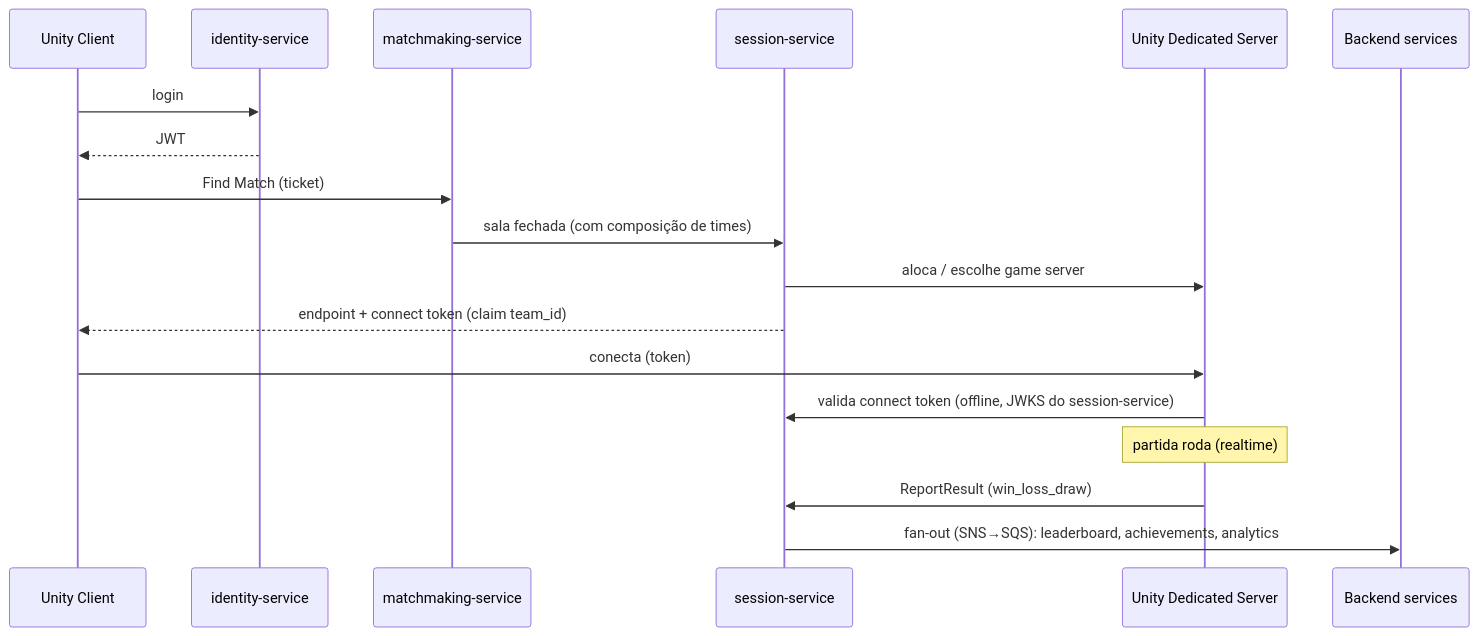
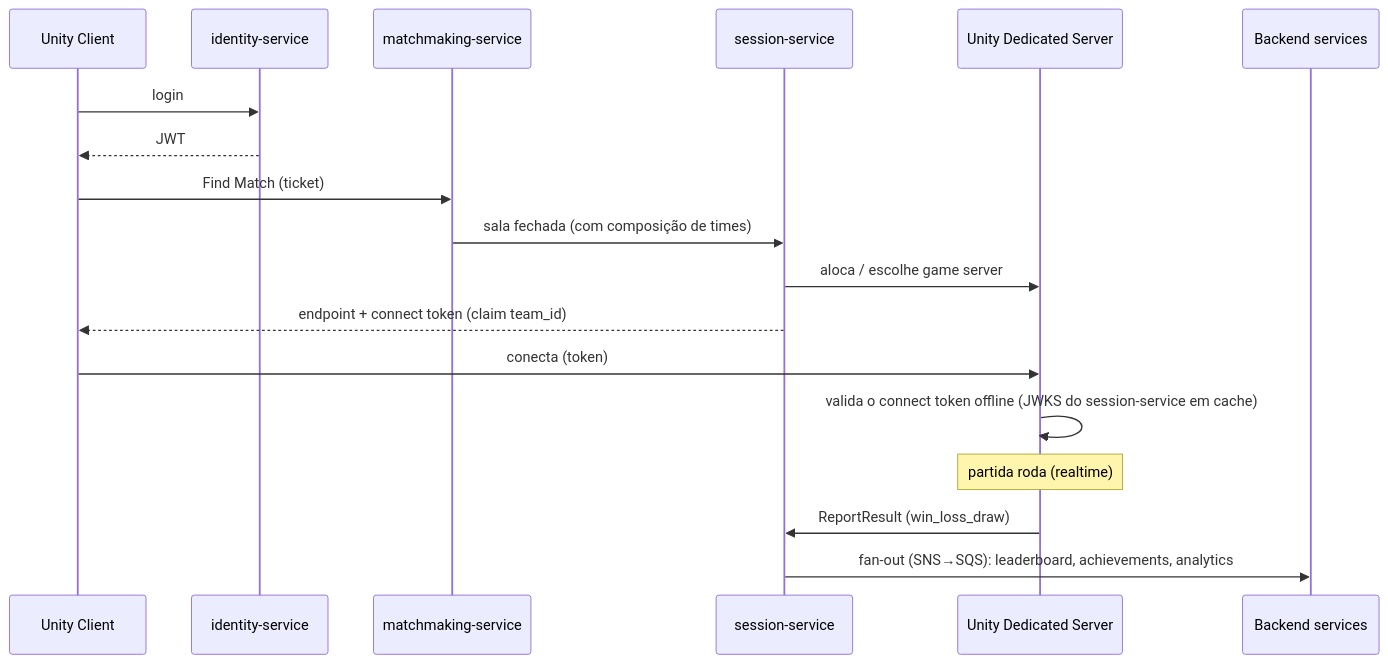
Before and after one commit to vitormartins1/go-multiplayer-control-plane: the fifth of 7 diagrams in docs/ARCHITECTURE.md, drawn with Mermaid. The commit also changed other lines of this file and 32 other files, not shown here.

````diff
--- a/docs/ARCHITECTURE.md
+++ b/docs/ARCHITECTURE.md
@@ -156,20 +209,20 @@
 ```mermaid
 sequenceDiagram
     participant C as Unity Client
     participant ID as identity-service
     participant MM as matchmaking-service
     participant SS as session-service
     participant GS as Unity Dedicated Server
     participant BE as Backend services
     C->>ID: login
     ID-->>C: JWT
     C->>MM: Find Match (ticket)
     MM->>SS: sala fechada (com composição de times)
     SS->>GS: aloca / escolhe game server
     SS-->>C: endpoint + connect token (claim team_id)
     C->>GS: conecta (token)
-    GS->>SS: valida connect token (offline, JWKS do session-service)
+    GS->>GS: valida o connect token offline (JWKS do session-service em cache)
     Note over GS: partida roda (realtime)
     GS->>SS: ReportResult (win_loss_draw)
     SS->>BE: fan-out (SNS→SQS): leaderboard, achievements, analytics
 ```
````
